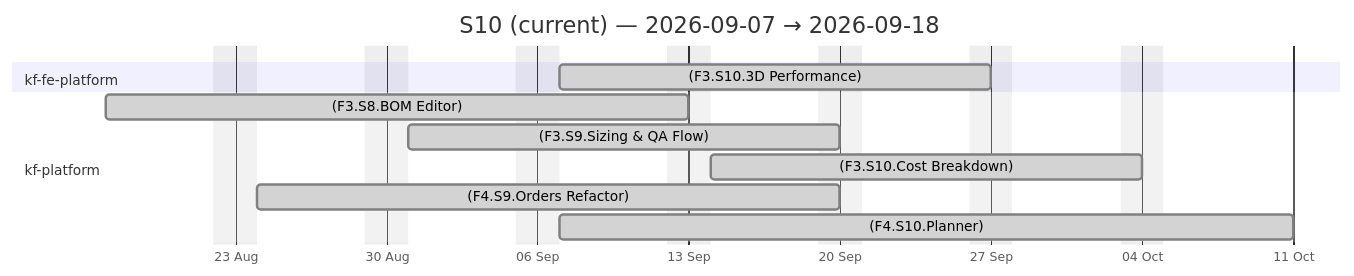
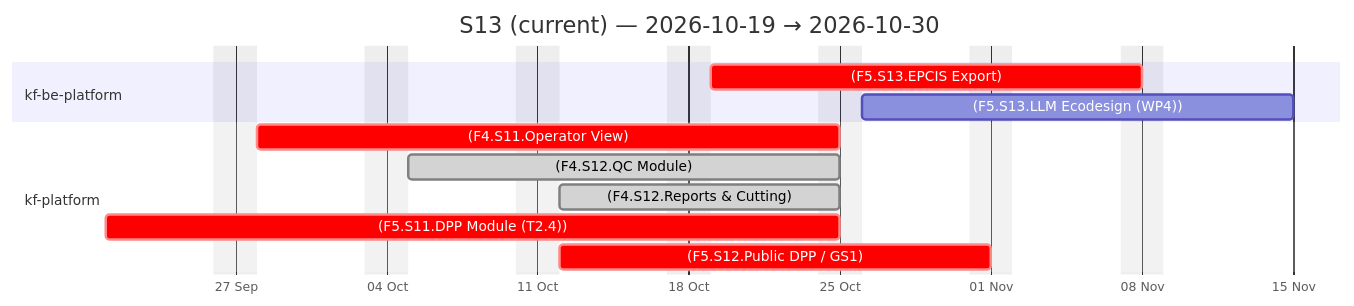
The third of 4 diagrams in docs/agile-sprints.md (Katty-Fashion/kf-cpto), drawn with Mermaid before and after one commit. The commit also changed other lines of this file and 36 other files, not shown here.

````diff
--- a/docs/agile-sprints.md
+++ b/docs/agile-sprints.md
@@ -71,16 +106,17 @@
 ```mermaid
 gantt
-    title S10 (current) — 2026-09-07 → 2026-09-18
+    title S13 (current) — 2026-10-19 → 2026-10-30
     dateFormat YYYY-MM-DD
     axisFormat %d %b
     excludes weekends
 
-    section kf-fe-platform
-    (F3.S10.3D Performance) :done, 2026-09-07, 2026-09-27
+    section kf-be-platform
+    (F5.S13.EPCIS Export) :crit, 2026-10-19, 2026-11-08
+    (F5.S13.LLM Ecodesign (WP4)) :2026-10-26, 2026-11-15
     section kf-platform
-    (F3.S8.BOM Editor) :done, 2026-08-17, 2026-09-13
-    (F3.S9.Sizing & QA Flow) :done, 2026-08-31, 2026-09-20
-    (F3.S10.Cost Breakdown) :done, 2026-09-14, 2026-10-04
-    (F4.S9.Orders Refactor) :done, 2026-08-24, 2026-09-20
-    (F4.S10.Planner) :done, 2026-09-07, 2026-10-11
+    (F4.S11.Operator View) :crit, 2026-09-28, 2026-10-25
+    (F4.S12.QC Module) :done, 2026-10-05, 2026-10-25
+    (F4.S12.Reports & Cutting) :done, 2026-10-12, 2026-10-25
+    (F5.S11.DPP Module (T2.4)) :crit, 2026-09-21, 2026-10-25
+    (F5.S12.Public DPP / GS1) :crit, 2026-10-12, 2026-11-01
 ```
````
